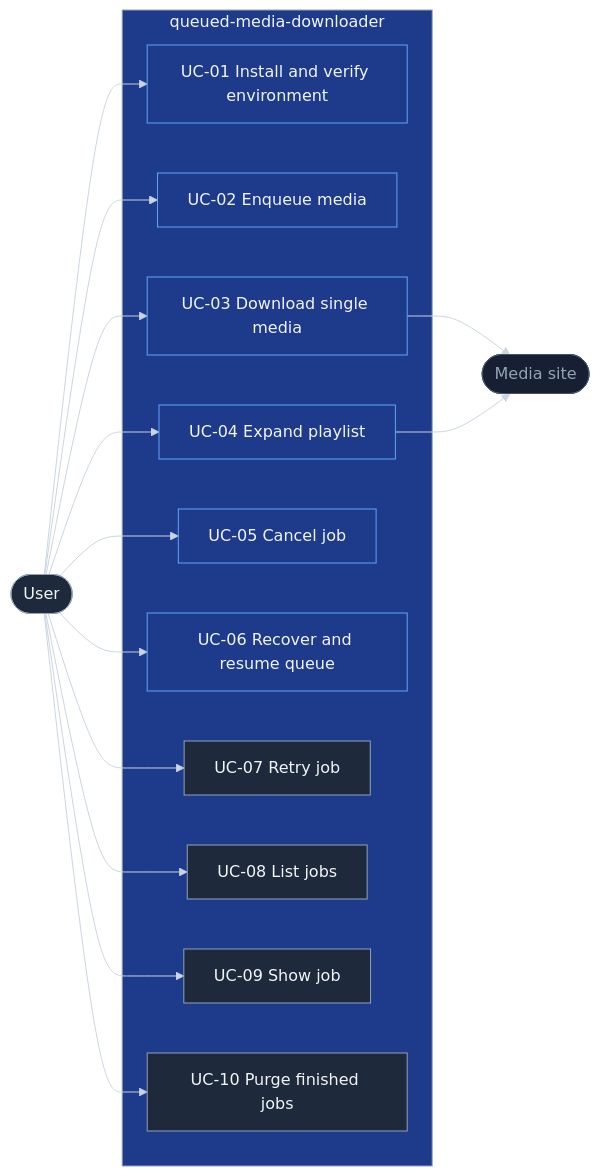
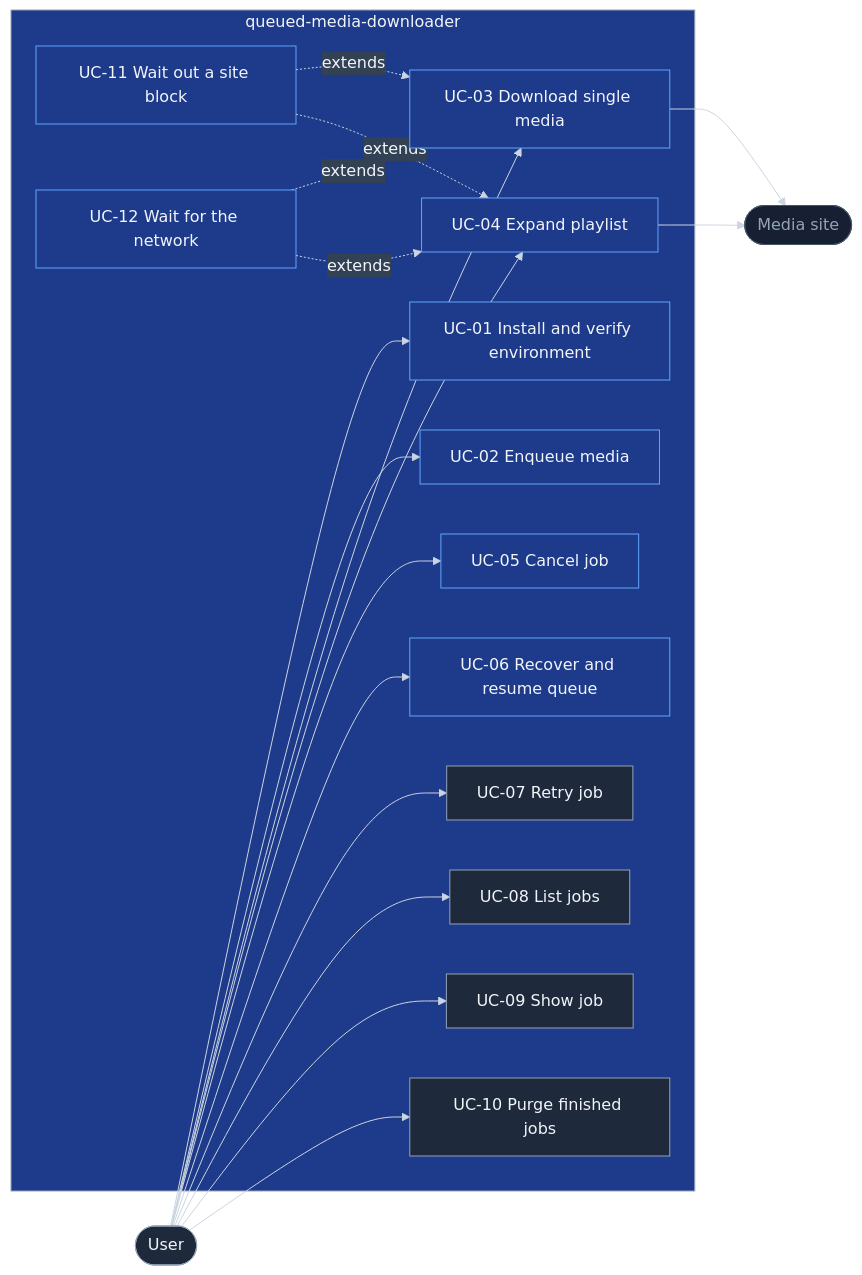
The diagram in doc/requirements/use-case-model.md (NestorMonroy/queued-media-downloader), drawn with Mermaid before and after one commit. The commit also changed other lines of this file and 17 other files, not shown here.

First line of the commit message:
Specify waiting out site blocks and network loss

````diff
--- a/doc/requirements/use-case-model.md
+++ b/doc/requirements/use-case-model.md
@@ -23,53 +23,59 @@
 ```mermaid
 ---
 config:
   theme: base
   darkMode: true
   themeVariables:
     background:         "#0f172a"
     primaryColor:       "#1e293b"
     primaryTextColor:   "#f1f5f9"
     primaryBorderColor: "#94a3b8"
     lineColor:          "#cbd5e1"
     secondaryColor:     "#334155"
     tertiaryColor:      "#1e3a8a"
     noteBkgColor:       "#1e3a8a"
     noteTextColor:      "#f1f5f9"
 ---
 flowchart LR
     User(["User"])
     MediaSite(["Media site"])
 
     subgraph System["queued-media-downloader"]
         InstallAndVerify["UC-01 Install and verify environment"]
         EnqueueMedia["UC-02 Enqueue media"]
         DownloadSingleMedia["UC-03 Download single media"]
         ExpandPlaylist["UC-04 Expand playlist"]
         CancelJob["UC-05 Cancel job"]
         RecoverAndResume["UC-06 Recover and resume queue"]
         RetryJob["UC-07 Retry job"]
         ListJobs["UC-08 List jobs"]
         ShowJob["UC-09 Show job"]
         PurgeFinishedJobs["UC-10 Purge finished jobs"]
+        WaitOutSiteBlock["UC-11 Wait out a site block"]
+        WaitForNetwork["UC-12 Wait for the network"]
     end
 
     User --> InstallAndVerify
     User --> EnqueueMedia
     User --> DownloadSingleMedia
     User --> ExpandPlaylist
     User --> CancelJob
     User --> RecoverAndResume
     User --> RetryJob
     User --> ListJobs
     User --> ShowJob
     User --> PurgeFinishedJobs
     DownloadSingleMedia --> MediaSite
     ExpandPlaylist --> MediaSite
+    WaitOutSiteBlock -. extends .-> DownloadSingleMedia
+    WaitOutSiteBlock -. extends .-> ExpandPlaylist
+    WaitForNetwork -. extends .-> DownloadSingleMedia
+    WaitForNetwork -. extends .-> ExpandPlaylist
 
     classDef default fill:#1e293b,stroke:#94a3b8,stroke-width:1px,color:#f1f5f9
     classDef cluster fill:#1e3a8a,stroke:#94a3b8,stroke-width:1px,color:#f1f5f9
     classDef focal fill:#1e3a8a,stroke:#60a5fa,color:#f1f5f9
     classDef external fill:#172032,stroke:#475569,color:#94a3b8
-    class InstallAndVerify,DownloadSingleMedia,ExpandPlaylist,CancelJob,RecoverAndResume,EnqueueMedia focal
+    class InstallAndVerify,DownloadSingleMedia,ExpandPlaylist,CancelJob,RecoverAndResume,EnqueueMedia,WaitOutSiteBlock,WaitForNetwork focal
     class MediaSite external
 ```
````
